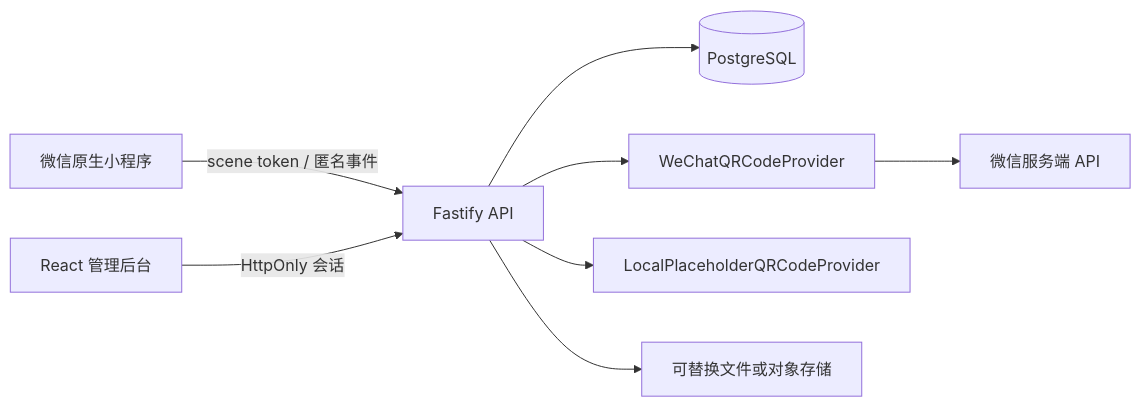
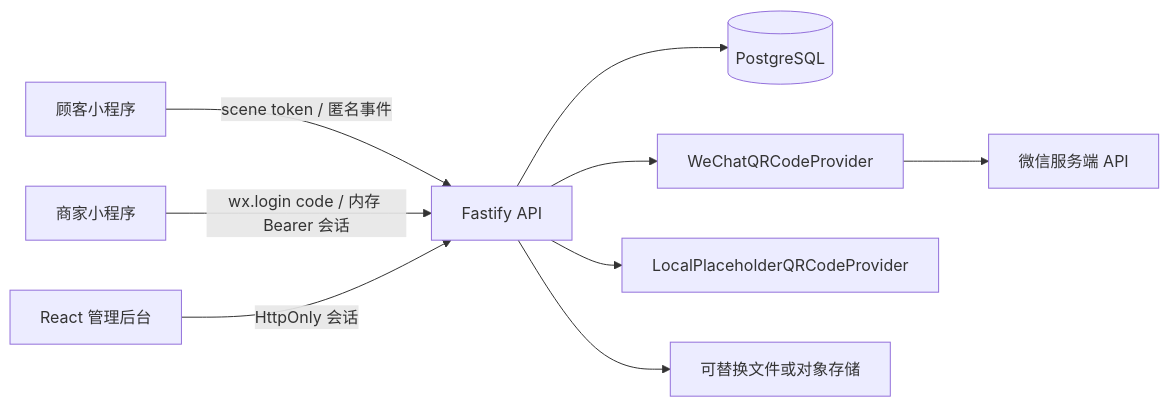
Before and after one commit to bamboo-del/scan-wifi-platform: the first of 3 diagrams in docs/ARCHITECTURE.md, drawn with Mermaid. The commit also changed other lines of this file and 282 other files, not shown here.

````diff
--- a/docs/ARCHITECTURE.md
+++ b/docs/ARCHITECTURE.md
@@ -7,10 +5,11 @@
 ```mermaid
 flowchart LR
-  MP[微信原生小程序] -->|scene token / 匿名事件| API[Fastify API]
+  MP[顾客小程序] -->|scene token / 匿名事件| API[Fastify API]
+  MERCHANT[商家小程序] -->|wx.login code / 内存 Bearer 会话| API
   WEB[React 管理后台] -->|HttpOnly 会话| API
   API --> DB[(PostgreSQL)]
   API --> QR[WeChatQRCodeProvider]
   API --> LOCAL[LocalPlaceholderQRCodeProvider]
   QR --> WX[微信服务端 API]
   API --> STORE[可替换文件或对象存储]
 ```
````
